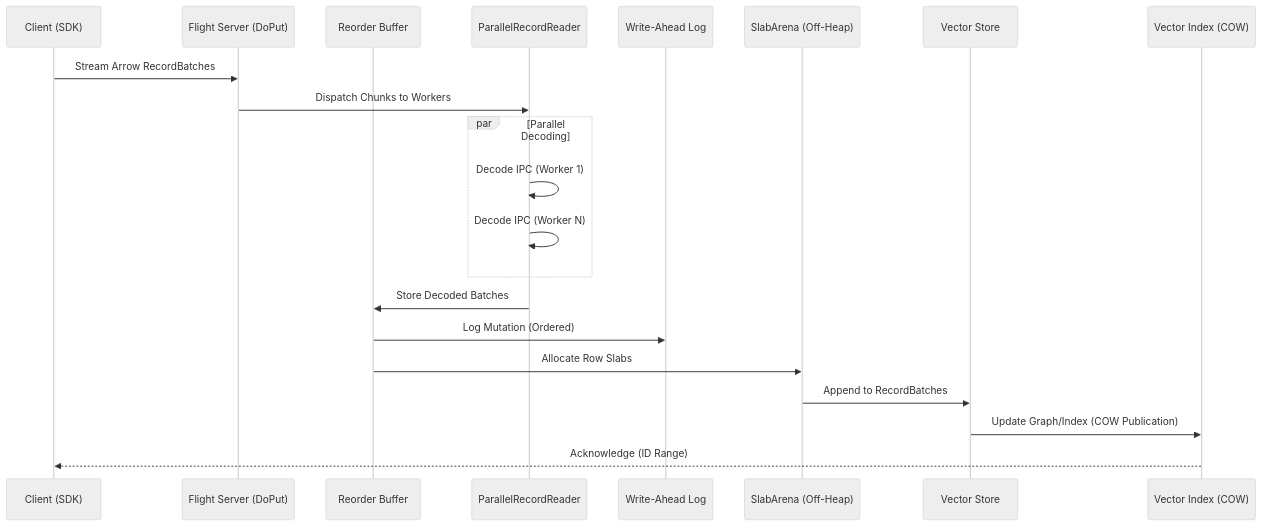
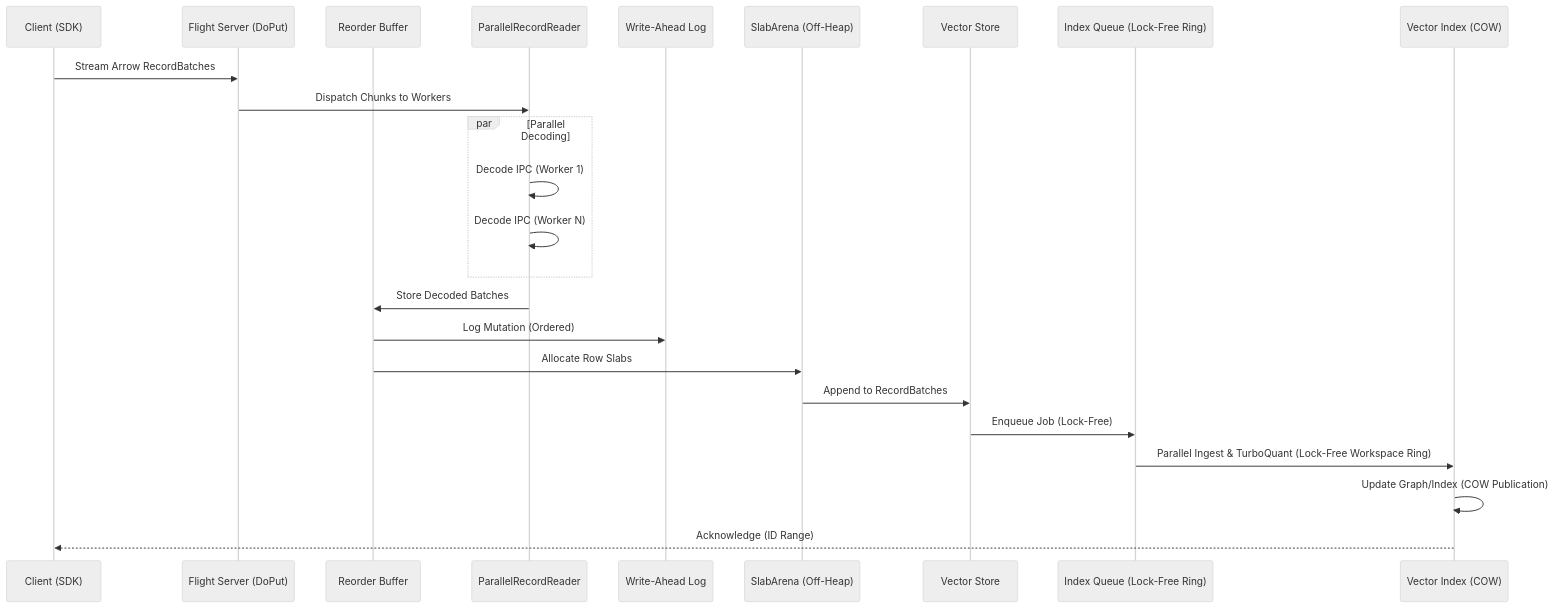
The second of 7 diagrams in docs/architecture.md (23skdu/longbow), drawn with Mermaid (neutral theme) before and after one commit. The commit also changed other lines of this file and 1 other file, not shown here.

Commit message:
docs: update nextsteps.md lock-free contexts and architecture diagrams

````diff
--- a/docs/architecture.md
+++ b/docs/architecture.md
@@ -75,24 +75,27 @@
 ```mermaid
 sequenceDiagram
     participant Client as Client (SDK)
     participant Flight as Flight Server (DoPut)
     participant Buffer as Reorder Buffer
     participant Reader as ParallelRecordReader
     participant WAL as Write-Ahead Log
     participant Arena as SlabArena (Off-Heap)
     participant Store as Vector Store
+    participant Queue as Index Queue (Lock-Free Ring)
     participant Index as Vector Index (COW)
 
     Client->>Flight: Stream Arrow RecordBatches
     Flight->>Reader: Dispatch Chunks to Workers
     par Parallel Decoding
         Reader->>Reader: Decode IPC (Worker 1)
         Reader->>Reader: Decode IPC (Worker N)
     end
     Reader->>Buffer: Store Decoded Batches
     Buffer->>WAL: Log Mutation (Ordered)
     Buffer->>Arena: Allocate Row Slabs
     Arena->>Store: Append to RecordBatches
-    Store->>Index: Update Graph/Index (COW Publication)
+    Store->>Queue: Enqueue Job (Lock-Free)
+    Queue->>Index: Parallel Ingest & TurboQuant (Lock-Free Workspace Ring)
+    Index->>Index: Update Graph/Index (COW Publication)
     Index-->>Client: Acknowledge (ID Range)
 ```
````
